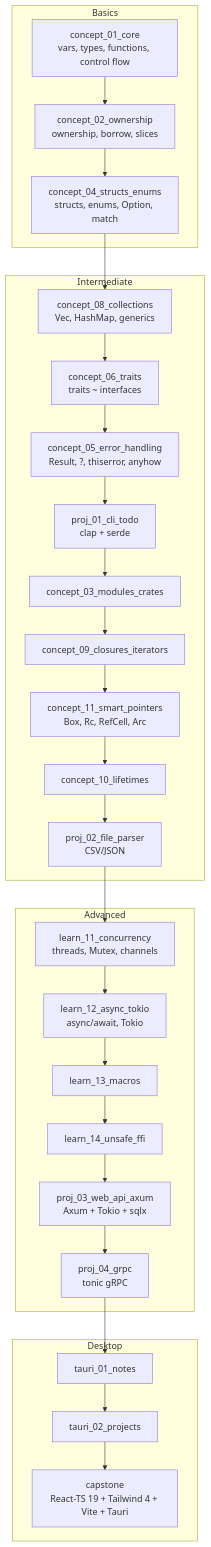
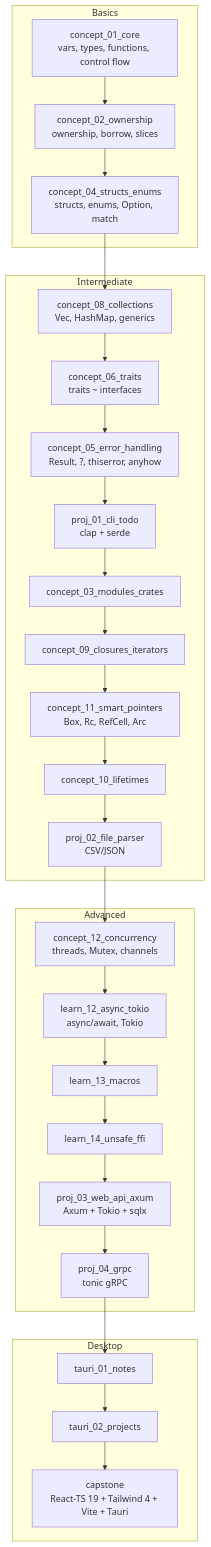
The diagram in README.md (devravinder/learn-rust), drawn with Mermaid before and after one commit. The commit also changed 10 other files, not shown here.

````diff
--- a/README.md
+++ b/README.md
@@ -43,31 +43,31 @@
 ```mermaid
 graph TD
     subgraph Basics
         A[concept_01_core<br/>vars, types, functions, control flow] --> B[concept_02_ownership<br/>ownership, borrow, slices]
         B --> C[concept_04_structs_enums<br/>structs, enums, Option, match]
     end
     subgraph Intermediate
         C --> D[concept_08_collections<br/>Vec, HashMap, generics]
         D --> E[concept_06_traits<br/>traits ~ interfaces]
         E --> F[concept_05_error_handling<br/>Result, ?, thiserror, anyhow]
         F --> P1[proj_01_cli_todo<br/>clap + serde]
         P1 --> G[concept_03_modules_crates]
         G --> H[concept_09_closures_iterators]
         H --> I[concept_11_smart_pointers<br/>Box, Rc, RefCell, Arc]
         I --> J[concept_10_lifetimes]
         J --> P2[proj_02_file_parser<br/>CSV/JSON]
     end
     subgraph Advanced
-        P2 --> K[learn_11_concurrency<br/>threads, Mutex, channels]
+        P2 --> K[concept_12_concurrency<br/>threads, Mutex, channels]
         K --> L[learn_12_async_tokio<br/>async/await, Tokio]
         L --> M[learn_13_macros]
         M --> N[learn_14_unsafe_ffi]
         N --> P3[proj_03_web_api_axum<br/>Axum + Tokio + sqlx]
         P3 --> P4[proj_04_grpc<br/>tonic gRPC]
     end
     subgraph Desktop
         P4 --> T1[tauri_01_notes]
         T1 --> T2[tauri_02_projects]
         T2 --> CAP[capstone<br/>React-TS 19 + Tailwind 4 + Vite + Tauri]
     end
 ```
````
